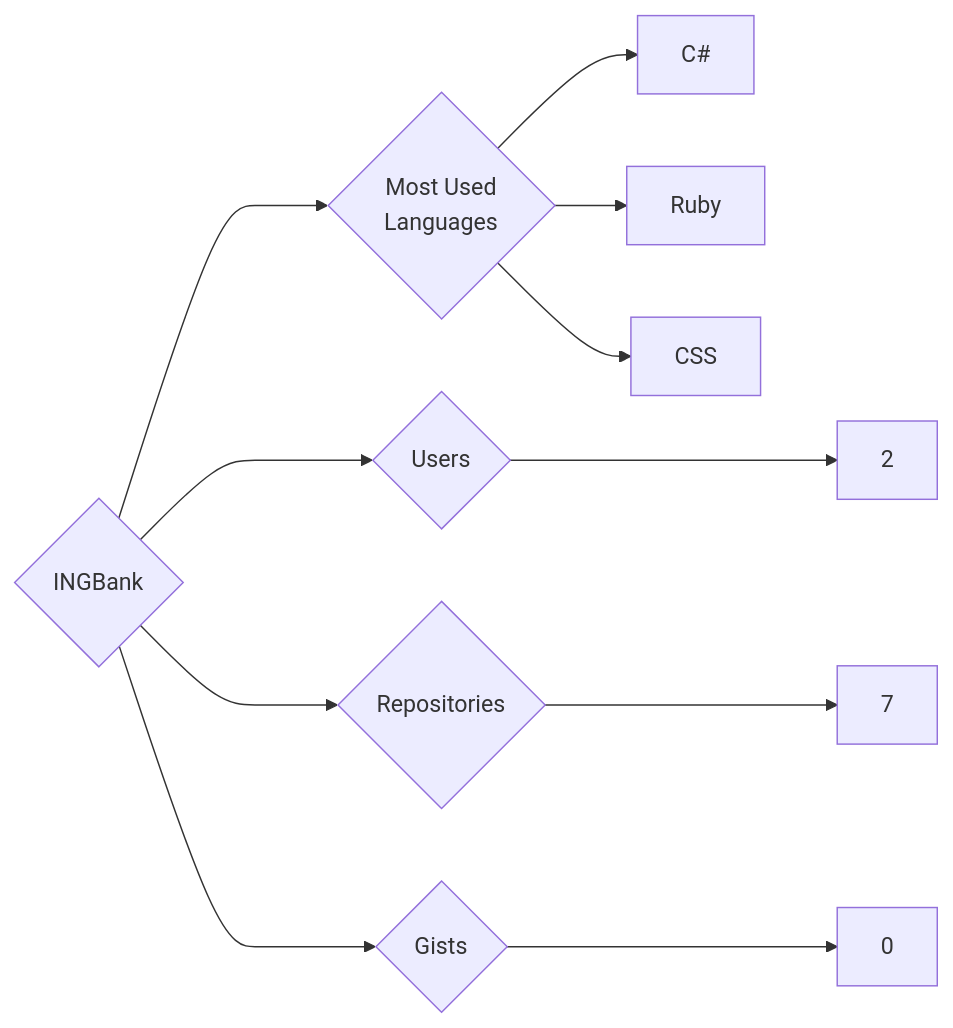
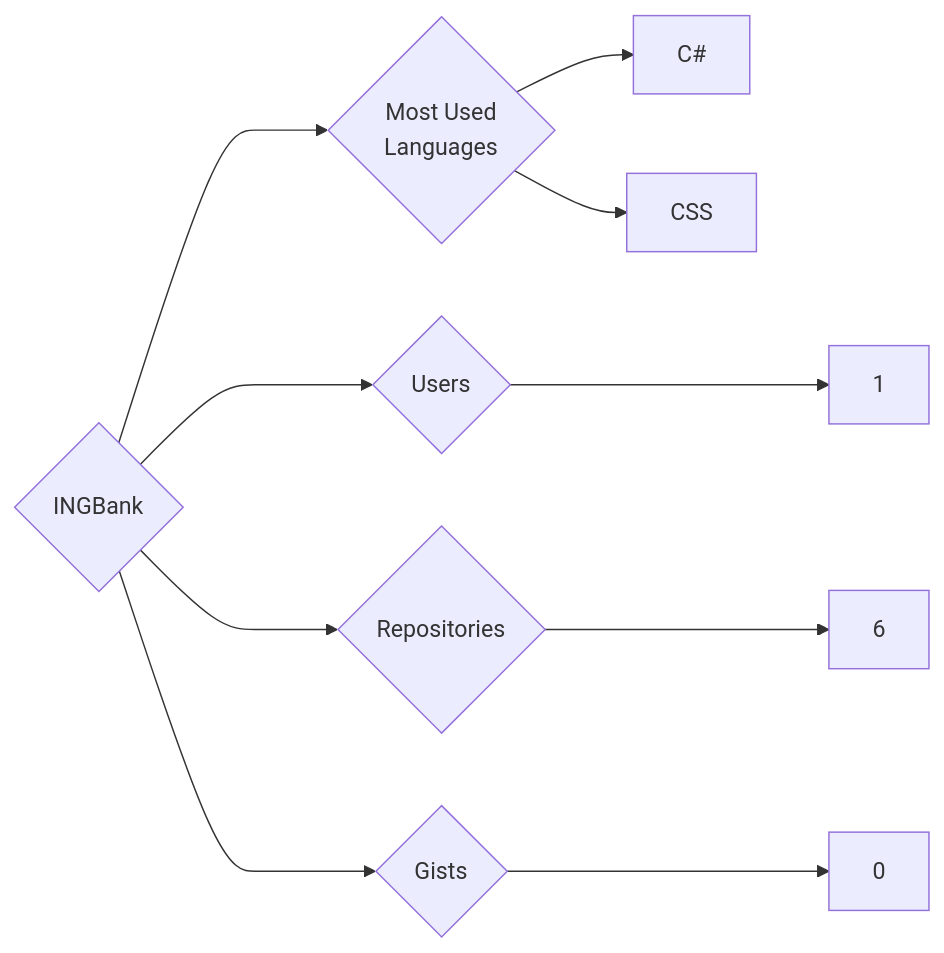
The diagram in targets/INGBank/README.md (trickest/insiders), drawn with Mermaid before and after one commit. The commit also changed 757 other files, not shown here.

````diff
--- a/targets/INGBank/README.md
+++ b/targets/INGBank/README.md
@@ -3,11 +3,10 @@
 ```mermaid
 graph LR
 COMPANY_NAME{INGBank}
-COMPANY_NAME ---> U{Users} ---> UN[2]
-COMPANY_NAME ---> R{Repositories} ---> RN[7]
+COMPANY_NAME ---> U{Users} ---> UN[1]
+COMPANY_NAME ---> R{Repositories} ---> RN[6]
 COMPANY_NAME ---> G{Gists} ---> GN[0]
 COMPANY_NAME ---> ML{Most Used<br>Languages}
 ML --> C#[C#]
-ML --> Ruby[Ruby]
 ML --> CSS[CSS]
 ```
````
